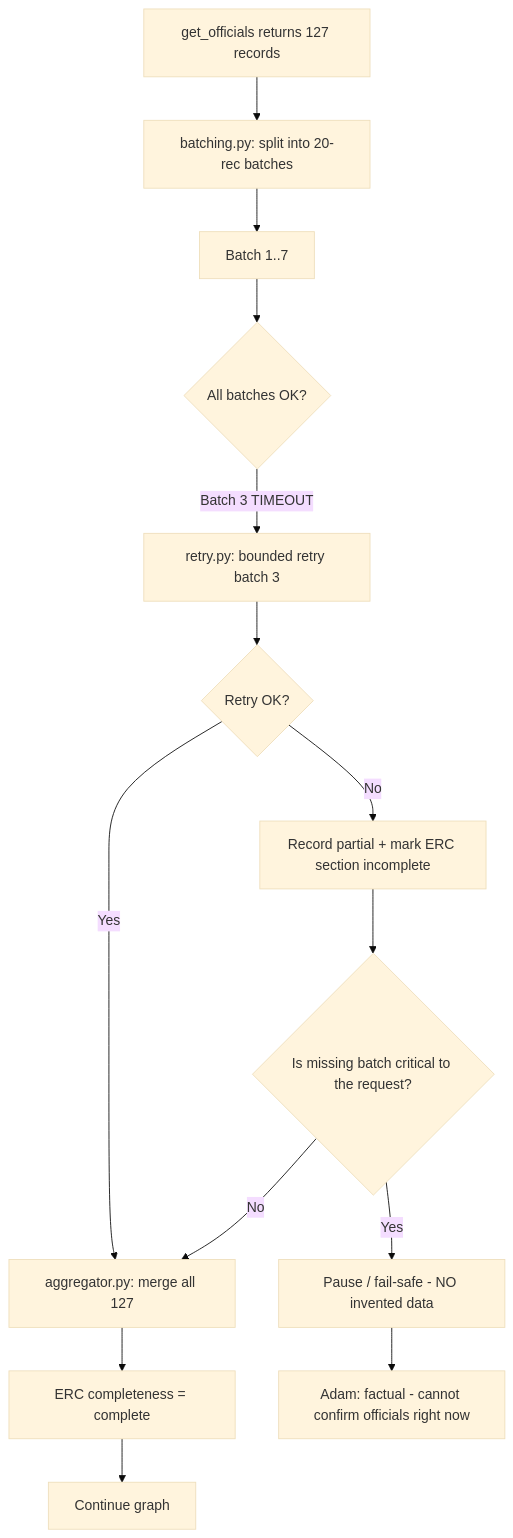
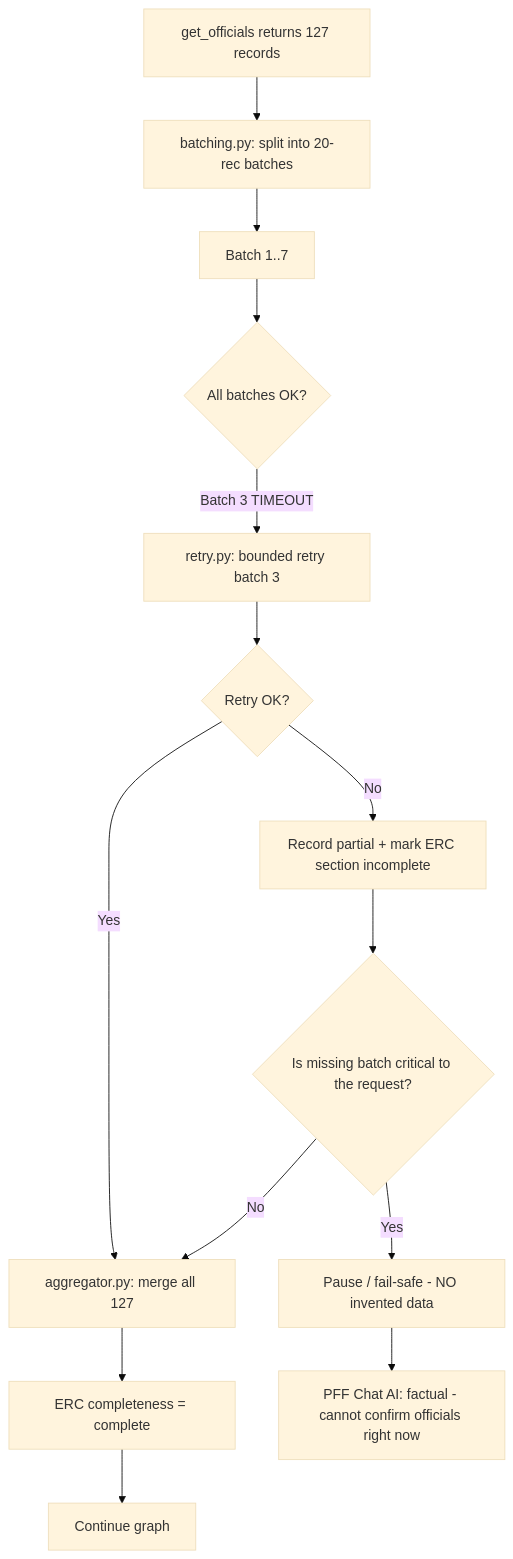
Diagram 35 of 38 in docs/ppt/c4-architecture-diagrams.md (gobimca87/PF-FT), drawn with Mermaid (base theme) before and after one commit. The commit also changed other lines of this file and 203 other files, not shown here.

First line of the commit message:
refactor(persona): rename chat persona "Adam AI" to "PFF Chat AI" everywhere

````diff
--- a/docs/ppt/c4-architecture-diagrams.md
+++ b/docs/ppt/c4-architecture-diagrams.md
@@ -1861,16 +1861,16 @@
 ```mermaid
 flowchart TD
     A["get_officials returns 127 records"] --> B[batching.py: split into 20-rec batches]
     B --> C1[Batch 1..7]
     C1 --> D{All batches OK?}
     D -->|Batch 3 TIMEOUT| E[retry.py: bounded retry batch 3]
     E --> F{Retry OK?}
     F -->|Yes| G[aggregator.py: merge all 127]
     F -->|No| H[Record partial + mark ERC section incomplete]
     H --> I{Is missing batch critical to the request?}
     I -->|No| G
     I -->|Yes| J[Pause / fail-safe - NO invented data]
     G --> K[ERC completeness = complete]
-    J --> L[Adam: factual - cannot confirm officials right now]
+    J --> L[PFF Chat AI: factual - cannot confirm officials right now]
     K --> M[Continue graph]
 ```
````
